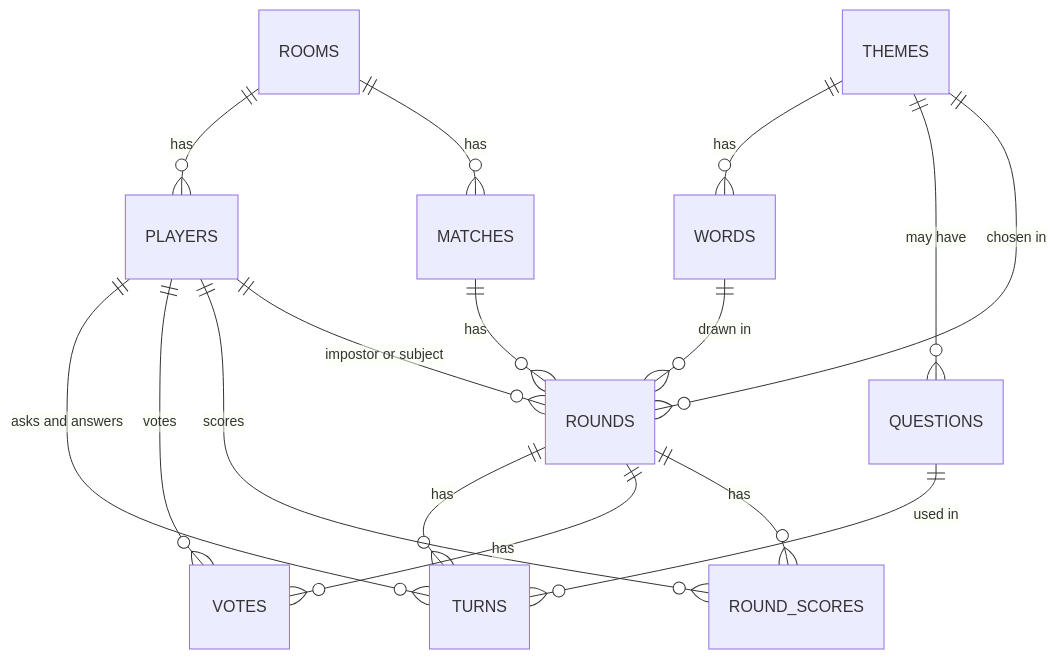
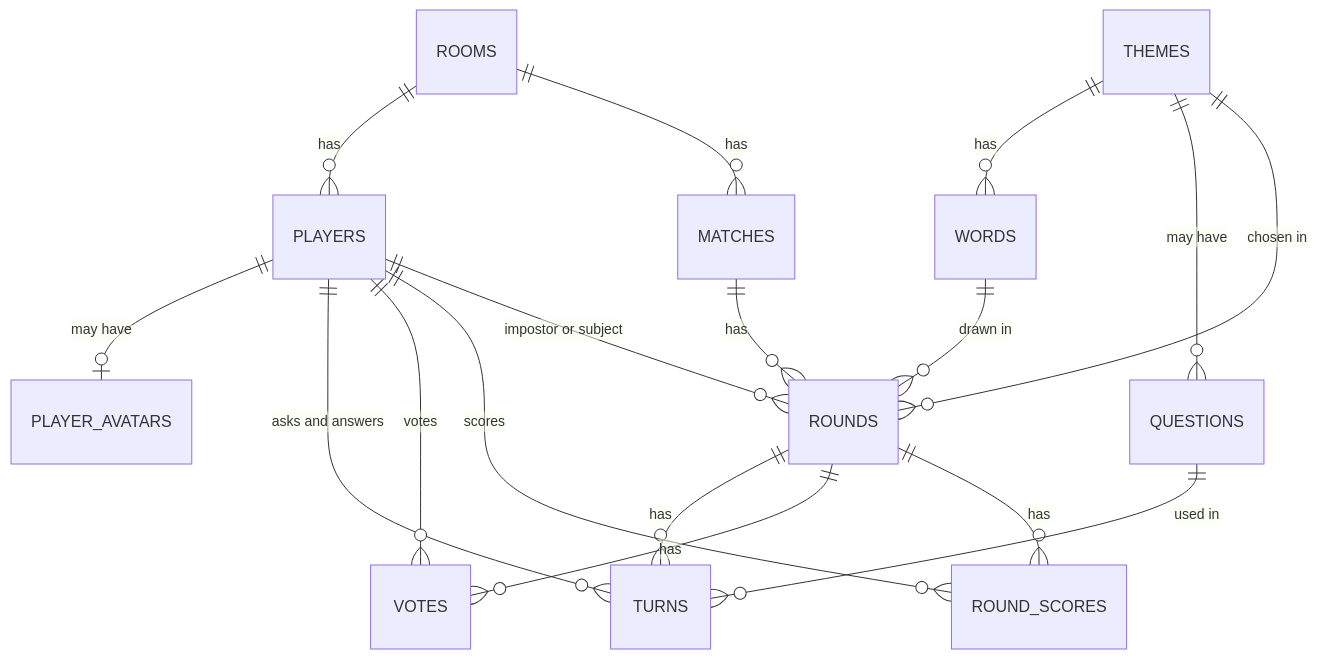
The diagram in docs/database.md (vhrboliveira/impostor-game), drawn with Mermaid before and after one commit. The commit also changed other lines of this file and 81 other files, not shown here.

````diff
--- a/docs/database.md
+++ b/docs/database.md
@@ -6,18 +6,19 @@
 ```mermaid
 erDiagram
   ROOMS ||--o{ PLAYERS : has
   ROOMS ||--o{ MATCHES : has
   MATCHES ||--o{ ROUNDS : has
   ROUNDS ||--o{ TURNS : has
   ROUNDS ||--o{ VOTES : has
   ROUNDS ||--o{ ROUND_SCORES : has
+  PLAYERS ||--o| PLAYER_AVATARS : "may have"
   PLAYERS ||--o{ TURNS : "asks and answers"
   PLAYERS ||--o{ VOTES : votes
   PLAYERS ||--o{ ROUND_SCORES : scores
   PLAYERS ||--o{ ROUNDS : "impostor or subject"
   THEMES ||--o{ WORDS : has
   THEMES ||--o{ QUESTIONS : "may have"
   THEMES ||--o{ ROUNDS : "chosen in"
   WORDS ||--o{ ROUNDS : "drawn in"
   QUESTIONS ||--o{ TURNS : "used in"
 ```
````
